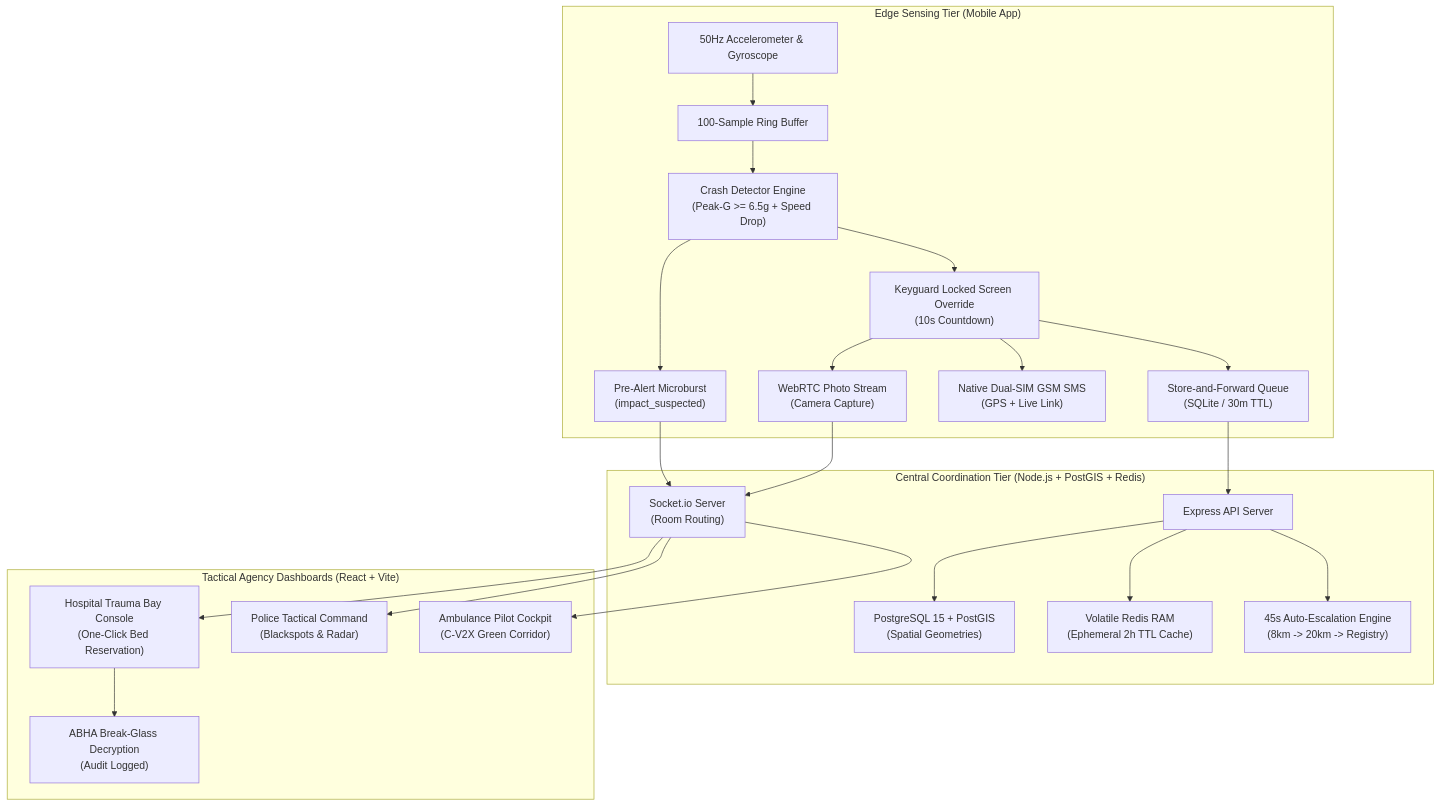
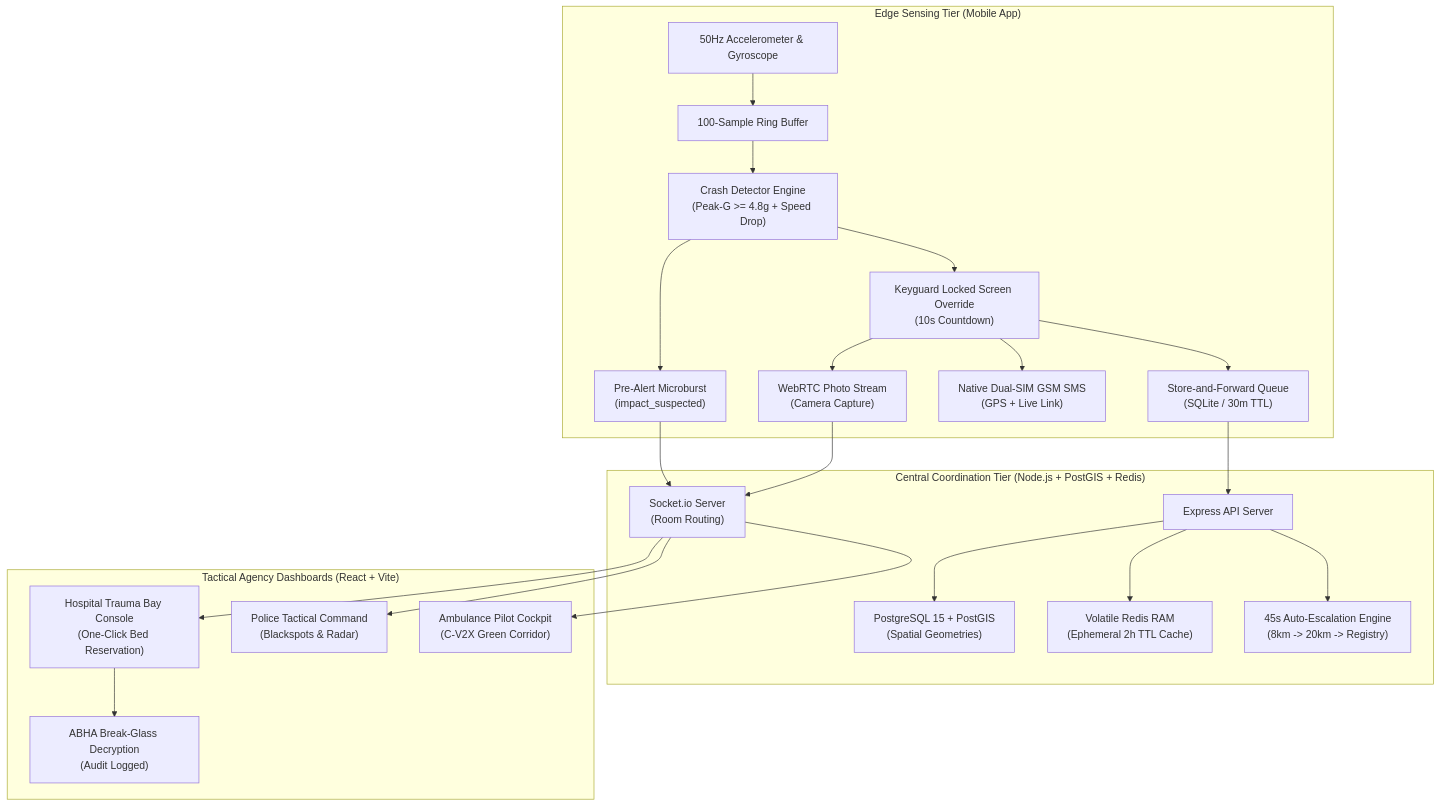
One commit to StevinJoseph22/Rakshak-AI changed the first of 3 diagrams in README_CODEBASE_EXPLAINED.md. Above: the diagram before and after it, drawn with Mermaid.

````diff
--- a/README_CODEBASE_EXPLAINED.md
+++ b/README_CODEBASE_EXPLAINED.md
@@ -38,28 +38,28 @@
 ```mermaid
 flowchart TD
     subgraph EdgeTier ["Edge Sensing Tier (Mobile App)"]
         Sensors["50Hz Accelerometer & Gyroscope"] --> RingBuffer["100-Sample Ring Buffer"]
-        RingBuffer --> CrashDetector["Crash Detector Engine<br/>(Peak-G >= 6.5g + Speed Drop)"]
+        RingBuffer --> CrashDetector["Crash Detector Engine<br/>(Peak-G >= 4.8g + Speed Drop)"]
         CrashDetector --> PreAlert["Pre-Alert Microburst<br/>(impact_suspected)"]
         CrashDetector --> KeyguardOverride["Keyguard Locked Screen Override<br/>(10s Countdown)"]
         KeyguardOverride --> OfflineQueue["Store-and-Forward Queue<br/>(SQLite / 30m TTL)"]
         KeyguardOverride --> TelephonySMS["Native Dual-SIM GSM SMS<br/>(GPS + Live Link)"]
         KeyguardOverride --> WebRTC["WebRTC Photo Stream<br/>(Camera Capture)"]
     end
 
     subgraph BackendTier ["Central Coordination Tier (Node.js + PostGIS + Redis)"]
         PreAlert --> SocketServer["Socket.io Server<br/>(Room Routing)"]
         OfflineQueue --> RestAPI["Express API Server"]
         WebRTC --> SocketServer
         RestAPI --> PostGIS["PostgreSQL 15 + PostGIS<br/>(Spatial Geometries)"]
         RestAPI --> RedisRAM["Volatile Redis RAM<br/>(Ephemeral 2h TTL Cache)"]
         RestAPI --> EscalationService["45s Auto-Escalation Engine<br/>(8km -> 20km -> Registry)"]
     end
 
     subgraph AgencyTier ["Tactical Agency Dashboards (React + Vite)"]
         SocketServer --> HospitalConsole["Hospital Trauma Bay Console<br/>(One-Click Bed Reservation)"]
         SocketServer --> PoliceConsole["Police Tactical Command<br/>(Blackspots & Radar)"]
         SocketServer --> AmbulanceHUD["Ambulance Pilot Cockpit<br/>(C-V2X Green Corridor)"]
         HospitalConsole --> BreakGlass["ABHA Break-Glass Decryption<br/>(Audit Logged)"]
     end
 ```
````
